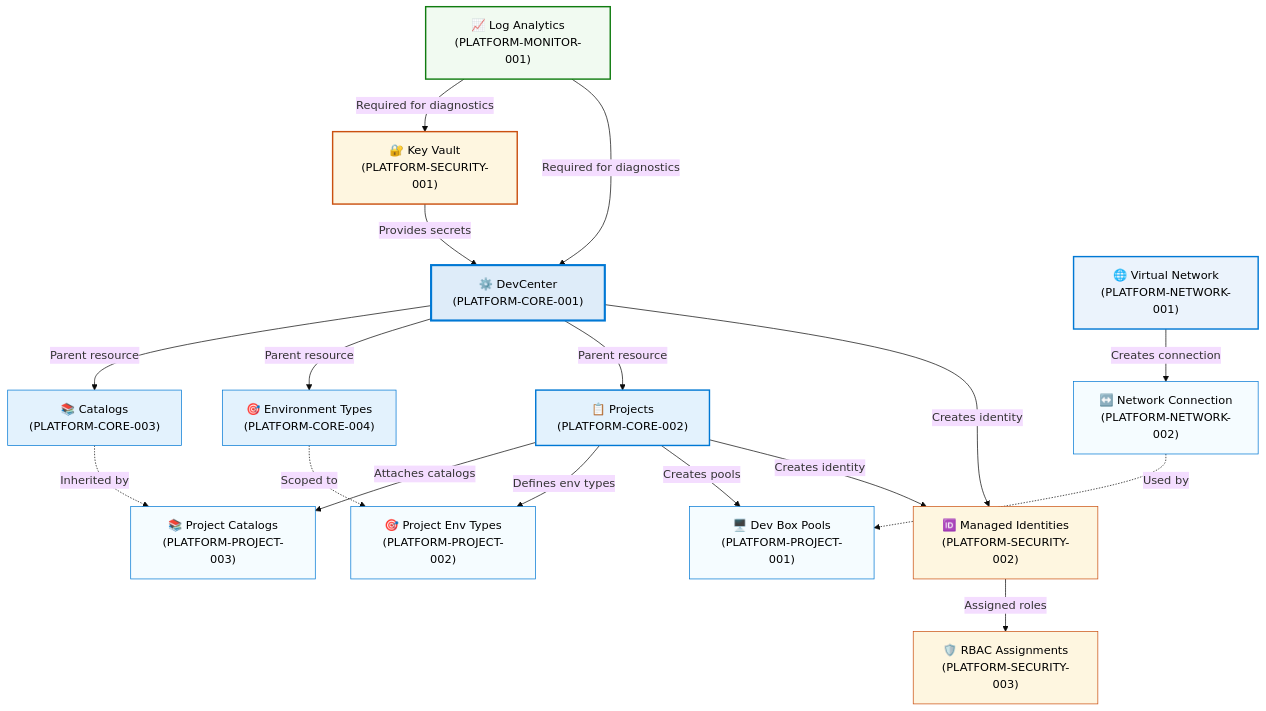
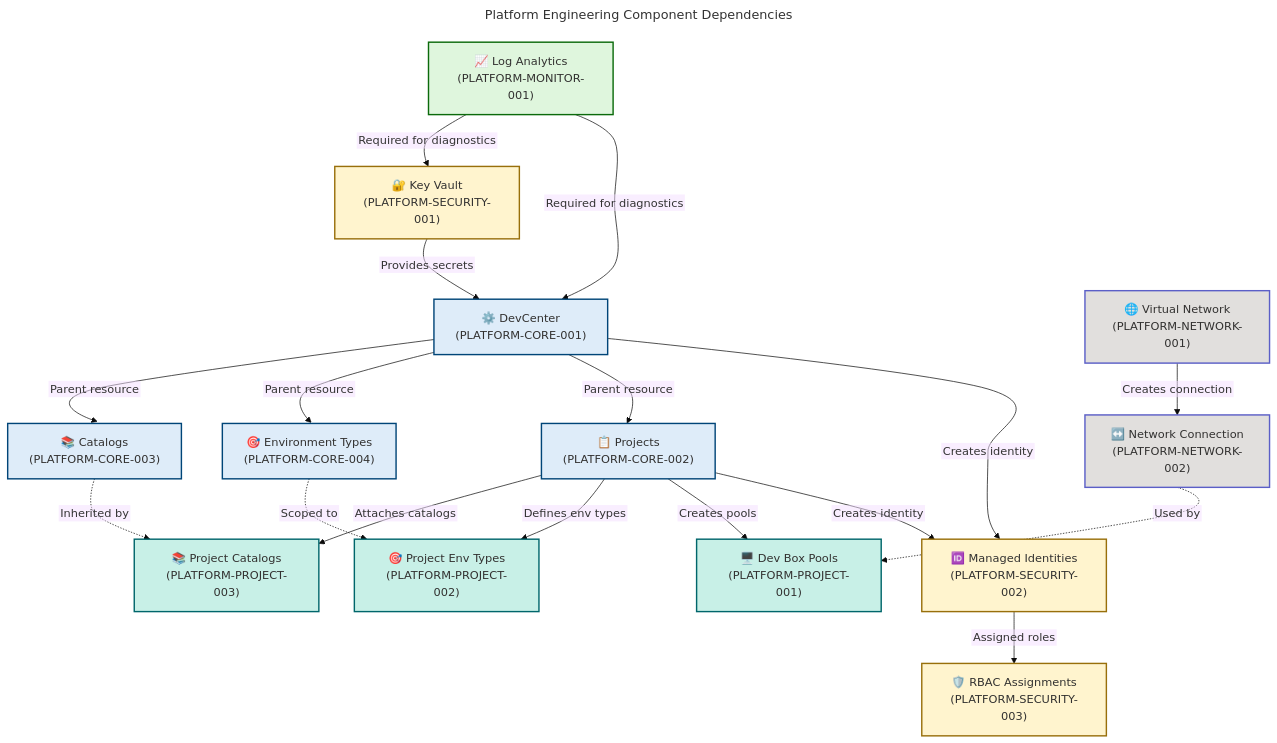
The third of 4 diagrams in docs/architecture/Platform-Engineering-BDAT.md (Evilazaro/DevExp-DevBox), drawn with Mermaid before and after one commit. The commit also changed other lines of this file, not shown here.

Commit message:
feat: enhance accessibility and styling of Platform Engineering architecture diagrams for compliance

````diff
--- a/docs/architecture/Platform-Engineering-BDAT.md
+++ b/docs/architecture/Platform-Engineering-BDAT.md
@@ -1338,31 +1384,58 @@
 ```mermaid
-%%{init: {'theme':'base'}}%%
+---
+title: Platform Engineering Component Dependencies
+config:
+  theme: base
+  themeVariables:
+    fontSize: '16px'
+  flowchart:
+    htmlLabels: false
+    curve: cardinal
+    nodeSpacing: 50
+    rankSpacing: 50
+---
 flowchart TD
     accTitle: Platform Engineering Component Dependencies
-    accDescr: Dependency relationships between platform components showing deployment order and integration points
+    accDescr: Dependency relationships between platform components showing deployment order and integration points with semantic colors by functional area. WCAG AA compliant.
+
+    %% ═══════════════════════════════════════════════════════════════════════════
+    %% AZURE / FLUENT ARCHITECTURE PATTERN v1.1
+    %% (Semantic + Structural + Font + Accessibility Governance)
+    %% ═══════════════════════════════════════════════════════════════════════════
+    %% PHASE 1 - STRUCTURAL: TD direction explicit, flat topology (no nesting)
+    %% PHASE 2 - SEMANTIC: 5 semantic colors with functional area justification:
+    %%   successGreen (#DFF6DD) = monitoring foundation
+    %%   sharedYellow (#FFF4CE) = security services
+    %%   azureBlue (#DEECF9) = core DevCenter platform
+    %%   presenceTeal (#C8F0E7) = project workload components
+    %%   neutralPurple (#E1DFDD) = network infrastructure
+    %% PHASE 3 - FONT: Dark text #323130 on light backgrounds (WCAG AA 4.5:1 contrast)
+    %% PHASE 4 - ACCESSIBILITY: accTitle/accDescr present, all nodes have emoji icons
+    %% PHASE 5 - STANDARD: Flat structure, semantic colors by functional domain
+    %% ═══════════════════════════════════════════════════════════════════════════
 
     %% Core Components
-    LogAnalytics["📈 Log Analytics<br/>(PLATFORM-MONITOR-001)"]
-    KeyVault["🔐 Key Vault<br/>(PLATFORM-SECURITY-001)"]
-    DevCenter["⚙️ DevCenter<br/>(PLATFORM-CORE-001)"]
+    LogAnalytics["📈 Log Analytics<br/>(PLATFORM-MONITOR-001)"]:::successGreen
+    KeyVault["🔐 Key Vault<br/>(PLATFORM-SECURITY-001)"]:::sharedYellow
+    DevCenter["⚙️ DevCenter<br/>(PLATFORM-CORE-001)"]:::azureBlue
 
     %% DevCenter Sub-Components
-    Catalogs["📚 Catalogs<br/>(PLATFORM-CORE-003)"]
-    EnvTypes["🎯 Environment Types<br/>(PLATFORM-CORE-004)"]
+    Catalogs["📚 Catalogs<br/>(PLATFORM-CORE-003)"]:::azureBlue
+    EnvTypes["🎯 Environment Types<br/>(PLATFORM-CORE-004)"]:::azureBlue
 
     %% Project Components
-    Projects["📋 Projects<br/>(PLATFORM-CORE-002)"]
-    ProjectCatalogs["📚 Project Catalogs<br/>(PLATFORM-PROJECT-003)"]
-    ProjectPools["🖥️ Dev Box Pools<br/>(PLATFORM-PROJECT-001)"]
-    ProjectEnvTypes["🎯 Project Env Types<br/>(PLATFORM-PROJECT-002)"]
+    Projects["📋 Projects<br/>(PLATFORM-CORE-002)"]:::azureBlue
+    ProjectCatalogs["📚 Project Catalogs<br/>(PLATFORM-PROJECT-003)"]:::presenceTeal
+    ProjectPools["🖥️ Dev Box Pools<br/>(PLATFORM-PROJECT-001)"]:::presenceTeal
+    ProjectEnvTypes["🎯 Project Env Types<br/>(PLATFORM-PROJECT-002)"]:::presenceTeal
 
     %% Network Components
-    VNet["🌐 Virtual Network<br/>(PLATFORM-NETWORK-001)"]
-    NetConnection["↔️ Network Connection<br/>(PLATFORM-NETWORK-002)"]
+    VNet["🌐 Virtual Network<br/>(PLATFORM-NETWORK-001)"]:::neutralPurple
+    NetConnection["↔️ Network Connection<br/>(PLATFORM-NETWORK-002)"]:::neutralPurple
 
     %% Identity Components
-    ManagedIdentity["🆔 Managed Identities<br/>(PLATFORM-SECURITY-002)"]
-    RBAC["🛡️ RBAC Assignments<br/>(PLATFORM-SECURITY-003)"]
+    ManagedIdentity["🆔 Managed Identities<br/>(PLATFORM-SECURITY-002)"]:::sharedYellow
+    RBAC["🛡️ RBAC Assignments<br/>(PLATFORM-SECURITY-003)"]:::sharedYellow
 
     %% Deployment Order Dependencies (Top to Bottom)
     LogAnalytics -->|"Required for diagnostics"| KeyVault
@@ -1388,22 +1461,19 @@
     Catalogs -.->|"Inherited by"| ProjectCatalogs
     EnvTypes -.->|"Scoped to"| ProjectEnvTypes
 
-    %% Styling
-    style LogAnalytics fill:#F1FAF1,stroke:#107C10,stroke-width:2px,color:#000
-    style KeyVault fill:#FEF6E0,stroke:#CA5010,stroke-width:2px,color:#000
-    style DevCenter fill:#DEECF9,stroke:#0078D4,stroke-width:3px,color:#000
-
-    style Catalogs fill:#E3F2FD,stroke:#0078D4,stroke-width:1px,color:#000
-    style EnvTypes fill:#E3F2FD,stroke:#0078D4,stroke-width:1px,color:#000
-    style Projects fill:#E3F2FD,stroke:#0078D4,stroke-width:2px,color:#000
-
-    style ProjectCatalogs fill:#F5FCFF,stroke:#0078D4,stroke-width:1px,color:#000
-    style ProjectPools fill:#F5FCFF,stroke:#0078D4,stroke-width:1px,color:#000
-    style ProjectEnvTypes fill:#F5FCFF,stroke:#0078D4,stroke-width:1px,color:#000
-
-    style VNet fill:#EBF3FC,stroke:#0078D4,stroke-width:2px,color:#000
-    style NetConnection fill:#F5FCFF,stroke:#0078D4,stroke-width:1px,color:#000
-
-    style ManagedIdentity fill:#FEF6E0,stroke:#CA5010,stroke-width:1px,color:#000
-    style RBAC fill:#FEF6E0,stroke:#CA5010,stroke-width:1px,color:#000
+    %% Required classDef palette (ALL 14 - MANDATORY per MRM-D002)
+    classDef level1Group fill:#FFFFFF,stroke:#605E5C,stroke-width:3px,color:#323130
+    classDef level2Group fill:#F3F2F1,stroke:#605E5C,stroke-width:2px,color:#323130
+    classDef level3Group fill:#E1DFDD,stroke:#605E5C,stroke-width:2px,color:#323130
+    classDef level4Group fill:#D2D0CE,stroke:#605E5C,stroke-width:1px,color:#323130
+    classDef mainGroup fill:#FFFFFF,stroke:#605E5C,stroke-width:3px,color:#323130
+    classDef subGroup fill:#F3F2F1,stroke:#605E5C,stroke-width:2px,color:#323130
+    classDef azureBlue fill:#DEECF9,stroke:#004578,stroke-width:2px,color:#323130
+    classDef successGreen fill:#DFF6DD,stroke:#0B6A0B,stroke-width:2px,color:#323130
+    classDef errorRed fill:#FDE7E9,stroke:#A4262C,stroke-width:2px,color:#323130
+    classDef sharedYellow fill:#FFF4CE,stroke:#986F0B,stroke-width:2px,color:#323130
+    classDef warningOrange fill:#FDE7E9,stroke:#8A3707,stroke-width:2px,color:#323130
+    classDef neutralPurple fill:#E1DFDD,stroke:#5B5FC7,stroke-width:2px,color:#323130
+    classDef presenceTeal fill:#C8F0E7,stroke:#00666B,stroke-width:2px,color:#323130
+    classDef neutralGrey fill:#F3F2F1,stroke:#605E5C,stroke-width:2px,color:#323130
 ```
````
